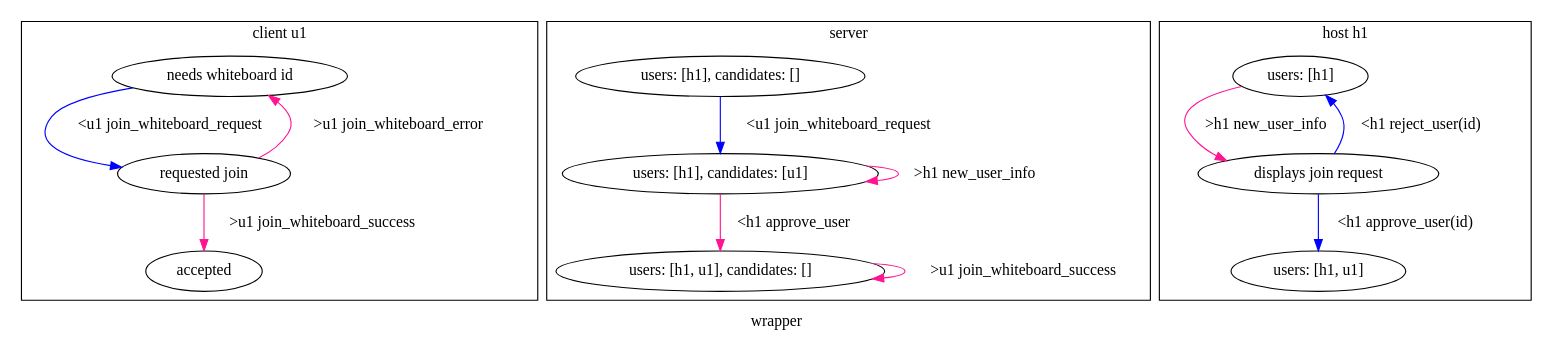
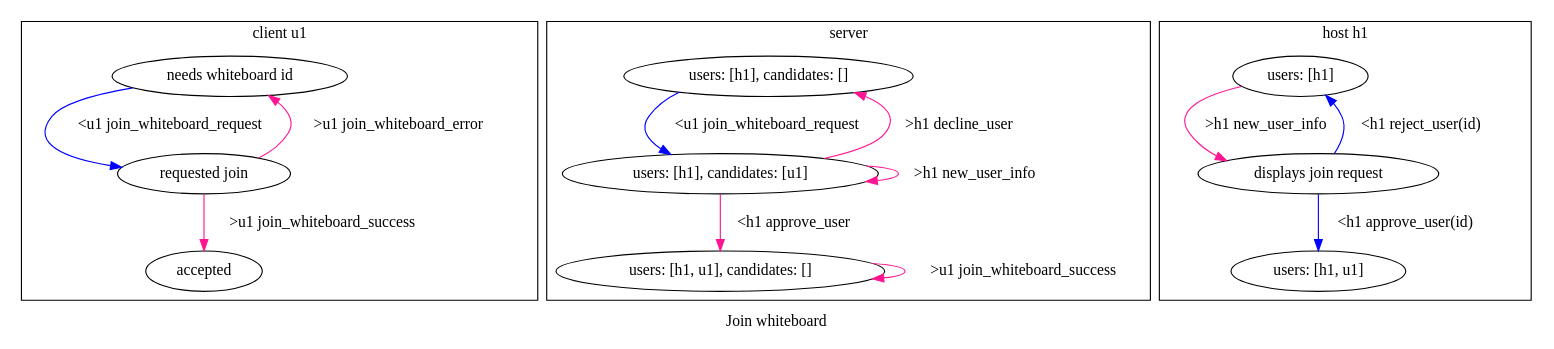
One commit to wgslr/trunkless-whiteboard changed the diagram in graphs/join-whiteboard.dot. Above: the diagram before and after it, drawn with Graphviz.

Commit message:
Cleanup join-whiteboard

```diff
--- a/graphs/join-whiteboard.dot
+++ b/graphs/join-whiteboard.dot
@@ -1,32 +1,61 @@
 # deeppink = message from server
 # blue = message to server
 
 Digraph G2 {
-    label = "wrapper"
+  label = "Join whiteboard"
 
-    subgraph cluster_new_client {
-        label="client u1"
+  subgraph cluster_new_client {
+    label="client u1"
 
-  "needs whiteboard id" -> "requested join"  [label = "<u1 join_whiteboard_request" color = "blue"]
-  "requested join" -> "accepted" [label = ">u1 join_whiteboard_success" color="deeppink"]
-  "requested join" ->  "needs whiteboard id"  [label = ">u1 join_whiteboard_error" color="deeppink"]
+    "needs whiteboard id"
+    -> "requested join"
+    [label = "<u1 join_whiteboard_request" color = "blue"]
 
-    }
+    "requested join"
+    -> "accepted"
+    [label = ">u1 join_whiteboard_success" color="deeppink"]
+    "requested join"
+    ->  "needs whiteboard id"
+    [label = ">u1 join_whiteboard_error" color="deeppink"]
+  }
 
-    subgraph cluster_server {
-        label="server"
+  subgraph cluster_server {
+    label="server"
 
-        "users: [h1], candidates: []"  ->   "users: [h1], candidates: [u1]" [label ="<u1 join_whiteboard_request" color="blue"]
-        "users: [h1], candidates: [u1]"  ->   "users: [h1], candidates: [u1]" [label =">h1 new_user_info" color="deeppink"]
-        "users: [h1], candidates: [u1]"  ->   "users: [h1, u1], candidates: []" [label ="<h1 approve_user" color="deeppink"]
-        "users: [h1, u1], candidates: []"  ->   "users: [h1, u1], candidates: []" [label =">u1 join_whiteboard_success" color="deeppink"]
+    "users: [h1], candidates: []"
+    -> "users: [h1], candidates: [u1]"
+    [label ="<u1 join_whiteboard_request" color="blue"]
 
-    }
+    "users: [h1], candidates: [u1]"
+    -> "users: [h1], candidates: [u1]"
+    [label =">h1 new_user_info" color="deeppink"]
 
-    subgraph cluster_host {
-        label="host h1"
-        "users: [h1]" -> "displays join request" [label = ">h1 new_user_info" color="deeppink"]
-        "displays join request" -> "users: [h1]" [label = "<h1 reject_user(id)" color="blue"]
-        "displays join request" -> "users: [h1, u1]" [label = "<h1 approve_user(id)" color="blue"]
-    }
+    "users: [h1], candidates: [u1]"
+    -> "users: [h1], candidates: []"
+    [label =">h1 decline_user" color="deeppink"]
+
+    "users: [h1], candidates: [u1]"
+    -> "users: [h1, u1], candidates: []"
+    [label ="<h1 approve_user" color="deeppink"]
+
+    "users: [h1, u1], candidates: []"
+    -> "users: [h1, u1], candidates: []"
+    [label =">u1 join_whiteboard_success" color="deeppink"]
+  }
+
+  subgraph cluster_host {
+    label="host h1"
+
+    "users: [h1]"
+    -> "displays join request"
+    [label = ">h1 new_user_info" color="deeppink"]
+
+    "displays join request"
+    -> "users: [h1]"
+    [label = "<h1 reject_user(id)" color="blue"]
+
+    "displays join request"
+    -> "users: [h1, u1]"
+    [label = "<h1 approve_user(id)" color="blue"]
+  }
 }
```
